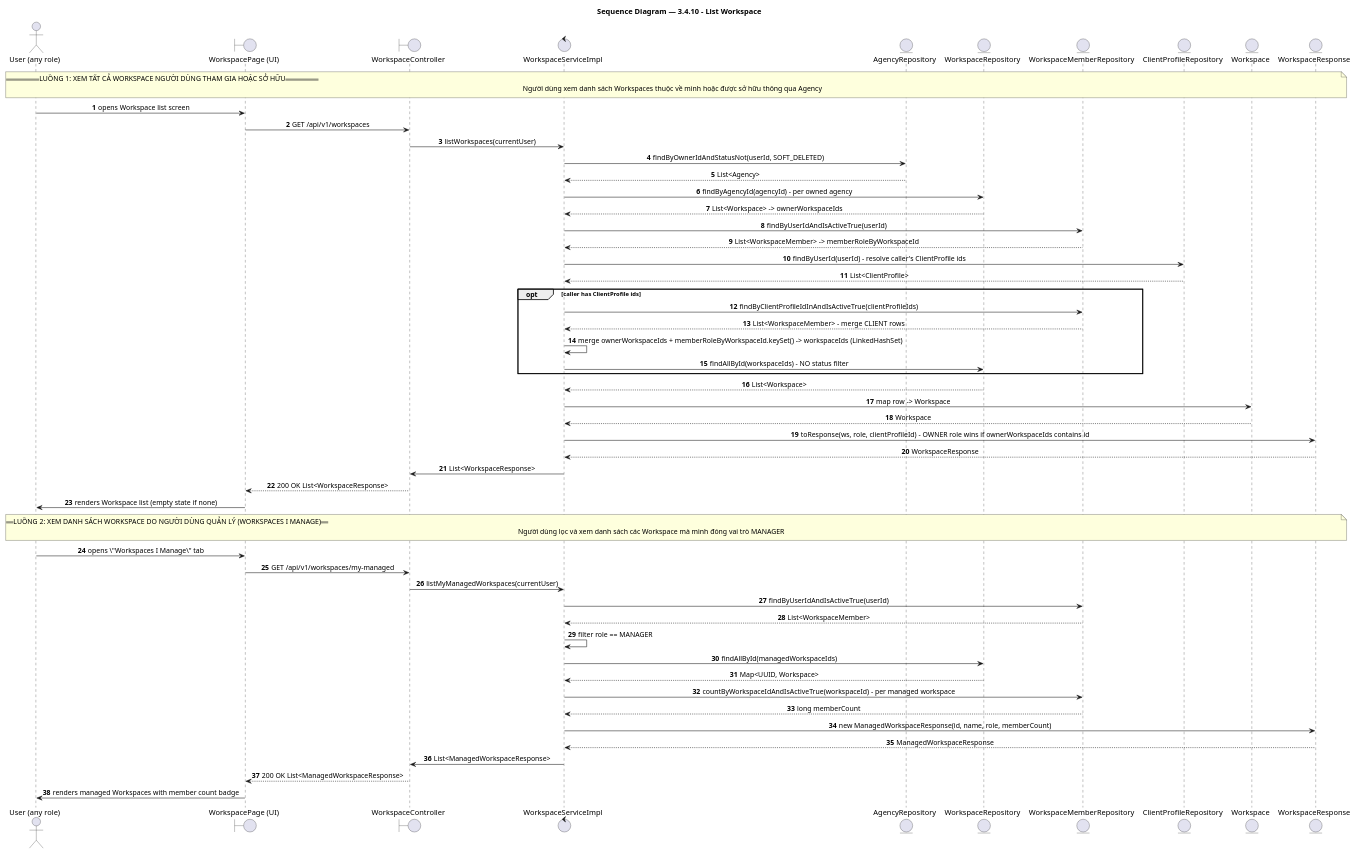
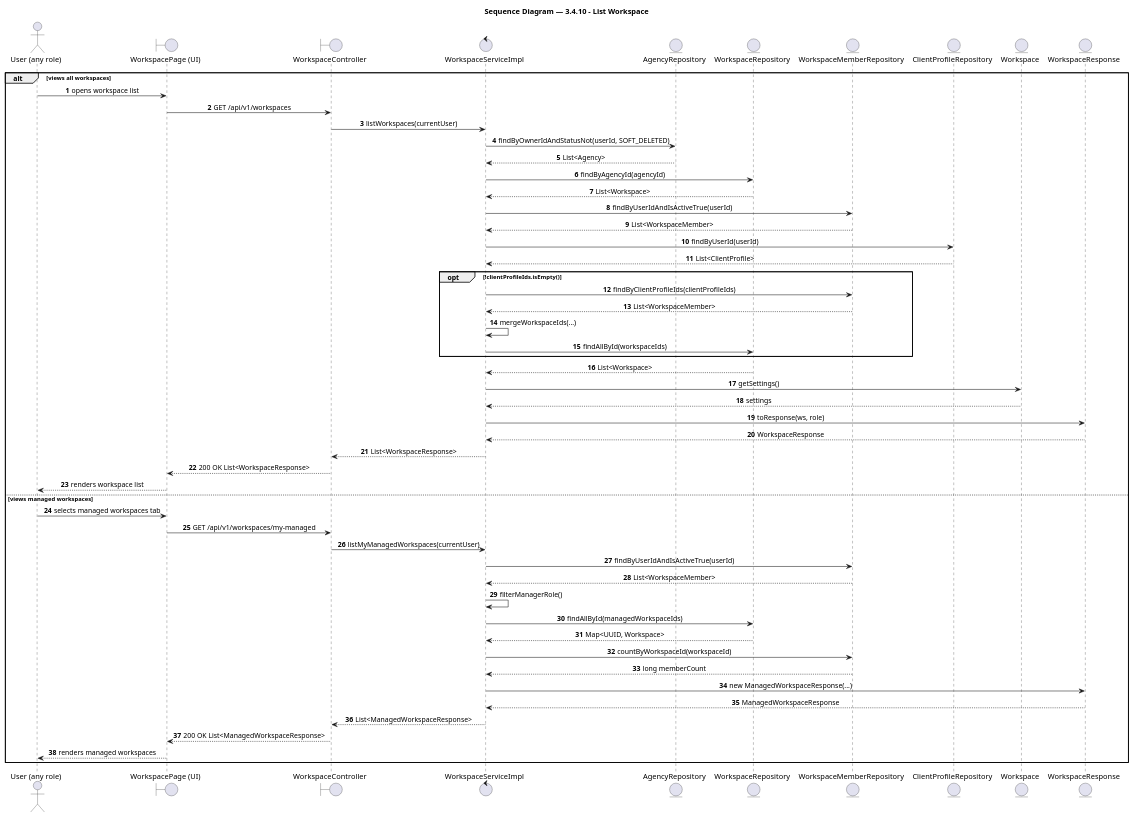
One commit to BrandHubOrganization/brandhub-infrastructure changed the diagram in docs/feature/agency-workspace/3-4-10-list-workspace/report4_sequence.puml. Above: the diagram before and after it, drawn with PlantUML. The commit also changed 33 other files, not shown here.

Commit message:
docs: add PlantUML sequence diagrams and class diagrams for agency workspace and profile features

```diff
--- a/docs/feature/agency-workspace/3-4-10-list-workspace/report4_sequence.puml
+++ b/docs/feature/agency-workspace/3-4-10-list-workspace/report4_sequence.puml
@@ -1,70 +1,66 @@
 @startuml 3.4.10 - List Workspace
 title Sequence Diagram — 3.4.10 - List Workspace
 
 autonumber
 skinparam shadowing false
 skinparam sequenceMessageAlign center
 skinparam BoxPadding 10
 skinparam ParticipantPadding 10
 
 ' === Participants ===
 actor "User (any role)" as user_any_role
 boundary "WorkspacePage (UI)" as workspacepage_ui
 boundary "WorkspaceController" as workspacecontroller
 control "WorkspaceServiceImpl" as workspaceserviceimpl
 entity "AgencyRepository" as agencyrepository
 entity "WorkspaceRepository" as workspacerepository
 entity "WorkspaceMemberRepository" as workspacememberrepository
 entity "ClientProfileRepository" as clientprofilerepository
 entity "Workspace" as workspace
 entity "WorkspaceResponse" as workspaceresponse
 
-' === Flow 1 ===
-note over user_any_role, workspaceresponse : == LUỒNG 1: XEM TẤT CẢ WORKSPACE NGƯỜI DÙNG THAM GIA HOẶC SỞ HỮU ==\nNgười dùng xem danh sách Workspaces thuộc về mình hoặc được sở hữu thông qua Agency
-
-user_any_role -> workspacepage_ui: opens Workspace list screen
-workspacepage_ui -> workspacecontroller: GET /api/v1/workspaces
-workspacecontroller -> workspaceserviceimpl: listWorkspaces(currentUser)
-workspaceserviceimpl -> agencyrepository: findByOwnerIdAndStatusNot(userId, SOFT_DELETED)
-agencyrepository --> workspaceserviceimpl: List<Agency>
-workspaceserviceimpl -> workspacerepository: findByAgencyId(agencyId) - per owned agency
-workspacerepository --> workspaceserviceimpl: List<Workspace> -> ownerWorkspaceIds
-workspaceserviceimpl -> workspacememberrepository: findByUserIdAndIsActiveTrue(userId)
-workspacememberrepository --> workspaceserviceimpl: List<WorkspaceMember> -> memberRoleByWorkspaceId
-workspaceserviceimpl -> clientprofilerepository: findByUserId(userId) - resolve caller's ClientProfile ids
-clientprofilerepository --> workspaceserviceimpl: List<ClientProfile>
-opt caller has ClientProfile ids
-  workspaceserviceimpl -> workspacememberrepository: findByClientProfileIdInAndIsActiveTrue(clientProfileIds)
-  workspacememberrepository --> workspaceserviceimpl: List<WorkspaceMember> - merge CLIENT rows
-  workspaceserviceimpl -> workspaceserviceimpl: merge ownerWorkspaceIds + memberRoleByWorkspaceId.keySet() -> workspaceIds (LinkedHashSet)
-  workspaceserviceimpl -> workspacerepository: findAllById(workspaceIds) - NO status filter
+alt views all workspaces
+  user_any_role -> workspacepage_ui: opens workspace list
+  workspacepage_ui -> workspacecontroller: GET /api/v1/workspaces
+  workspacecontroller -> workspaceserviceimpl: listWorkspaces(currentUser)
+  workspaceserviceimpl -> agencyrepository: findByOwnerIdAndStatusNot(userId, SOFT_DELETED)
+  agencyrepository --> workspaceserviceimpl: List<Agency>
+  workspaceserviceimpl -> workspacerepository: findByAgencyId(agencyId)
+  workspacerepository --> workspaceserviceimpl: List<Workspace>
+  workspaceserviceimpl -> workspacememberrepository: findByUserIdAndIsActiveTrue(userId)
+  workspacememberrepository --> workspaceserviceimpl: List<WorkspaceMember>
+  workspaceserviceimpl -> clientprofilerepository: findByUserId(userId)
+  clientprofilerepository --> workspaceserviceimpl: List<ClientProfile>
+  opt !clientProfileIds.isEmpty()
+    workspaceserviceimpl -> workspacememberrepository: findByClientProfileIds(clientProfileIds)
+    workspacememberrepository --> workspaceserviceimpl: List<WorkspaceMember>
+    workspaceserviceimpl -> workspaceserviceimpl: mergeWorkspaceIds(...)
+    workspaceserviceimpl -> workspacerepository: findAllById(workspaceIds)
+  end
+  workspacerepository --> workspaceserviceimpl: List<Workspace>
+  workspaceserviceimpl -> workspace: getSettings()
+  workspace --> workspaceserviceimpl: settings
+  workspaceserviceimpl -> workspaceresponse: toResponse(ws, role)
+  workspaceresponse --> workspaceserviceimpl: WorkspaceResponse
+  workspaceserviceimpl --> workspacecontroller: List<WorkspaceResponse>
+  workspacecontroller --> workspacepage_ui: 200 OK List<WorkspaceResponse>
+  workspacepage_ui --> user_any_role: renders workspace list
+else views managed workspaces
+  user_any_role -> workspacepage_ui: selects managed workspaces tab
+  workspacepage_ui -> workspacecontroller: GET /api/v1/workspaces/my-managed
+  workspacecontroller -> workspaceserviceimpl: listMyManagedWorkspaces(currentUser)
+  workspaceserviceimpl -> workspacememberrepository: findByUserIdAndIsActiveTrue(userId)
+  workspacememberrepository --> workspaceserviceimpl: List<WorkspaceMember>
+  workspaceserviceimpl -> workspaceserviceimpl: filterManagerRole()
+  workspaceserviceimpl -> workspacerepository: findAllById(managedWorkspaceIds)
+  workspacerepository --> workspaceserviceimpl: Map<UUID, Workspace>
+  workspaceserviceimpl -> workspacememberrepository: countByWorkspaceId(workspaceId)
+  workspacememberrepository --> workspaceserviceimpl: long memberCount
+  workspaceserviceimpl -> workspaceresponse: new ManagedWorkspaceResponse(...)
+  workspaceresponse --> workspaceserviceimpl: ManagedWorkspaceResponse
+  workspaceserviceimpl --> workspacecontroller: List<ManagedWorkspaceResponse>
+  workspacecontroller --> workspacepage_ui: 200 OK List<ManagedWorkspaceResponse>
+  workspacepage_ui --> user_any_role: renders managed workspaces
 end
-workspacerepository --> workspaceserviceimpl: List<Workspace>
-workspaceserviceimpl -> workspace: map row -> Workspace
-workspace --> workspaceserviceimpl: Workspace
-workspaceserviceimpl -> workspaceresponse: toResponse(ws, role, clientProfileId) - OWNER role wins if ownerWorkspaceIds contains id
-workspaceresponse --> workspaceserviceimpl: WorkspaceResponse
-workspaceserviceimpl -> workspacecontroller: List<WorkspaceResponse>
-workspacecontroller --> workspacepage_ui: 200 OK List<WorkspaceResponse>
-workspacepage_ui -> user_any_role: renders Workspace list (empty state if none)
-
-' === Flow 2 ===
-note over user_any_role, workspaceresponse : == LUỒNG 2: XEM DANH SÁCH WORKSPACE DO NGƯỜI DÙNG QUẢN LÝ (WORKSPACES I MANAGE) ==\nNgười dùng lọc và xem danh sách các Workspace mà mình đóng vai trò MANAGER
-
-user_any_role -> workspacepage_ui: opens \"Workspaces I Manage\" tab
-workspacepage_ui -> workspacecontroller: GET /api/v1/workspaces/my-managed
-workspacecontroller -> workspaceserviceimpl: listMyManagedWorkspaces(currentUser)
-workspaceserviceimpl -> workspacememberrepository: findByUserIdAndIsActiveTrue(userId)
-workspacememberrepository --> workspaceserviceimpl: List<WorkspaceMember>
-workspaceserviceimpl -> workspaceserviceimpl: filter role == MANAGER
-workspaceserviceimpl -> workspacerepository: findAllById(managedWorkspaceIds)
-workspacerepository --> workspaceserviceimpl: Map<UUID, Workspace>
-workspaceserviceimpl -> workspacememberrepository: countByWorkspaceIdAndIsActiveTrue(workspaceId) - per managed workspace
-workspacememberrepository --> workspaceserviceimpl: long memberCount
-workspaceserviceimpl -> workspaceresponse: new ManagedWorkspaceResponse(id, name, role, memberCount)
-workspaceresponse --> workspaceserviceimpl: ManagedWorkspaceResponse
-workspaceserviceimpl -> workspacecontroller: List<ManagedWorkspaceResponse>
-workspacecontroller --> workspacepage_ui: 200 OK List<ManagedWorkspaceResponse>
-workspacepage_ui -> user_any_role: renders managed Workspaces with member count badge
 
 @enduml
```
